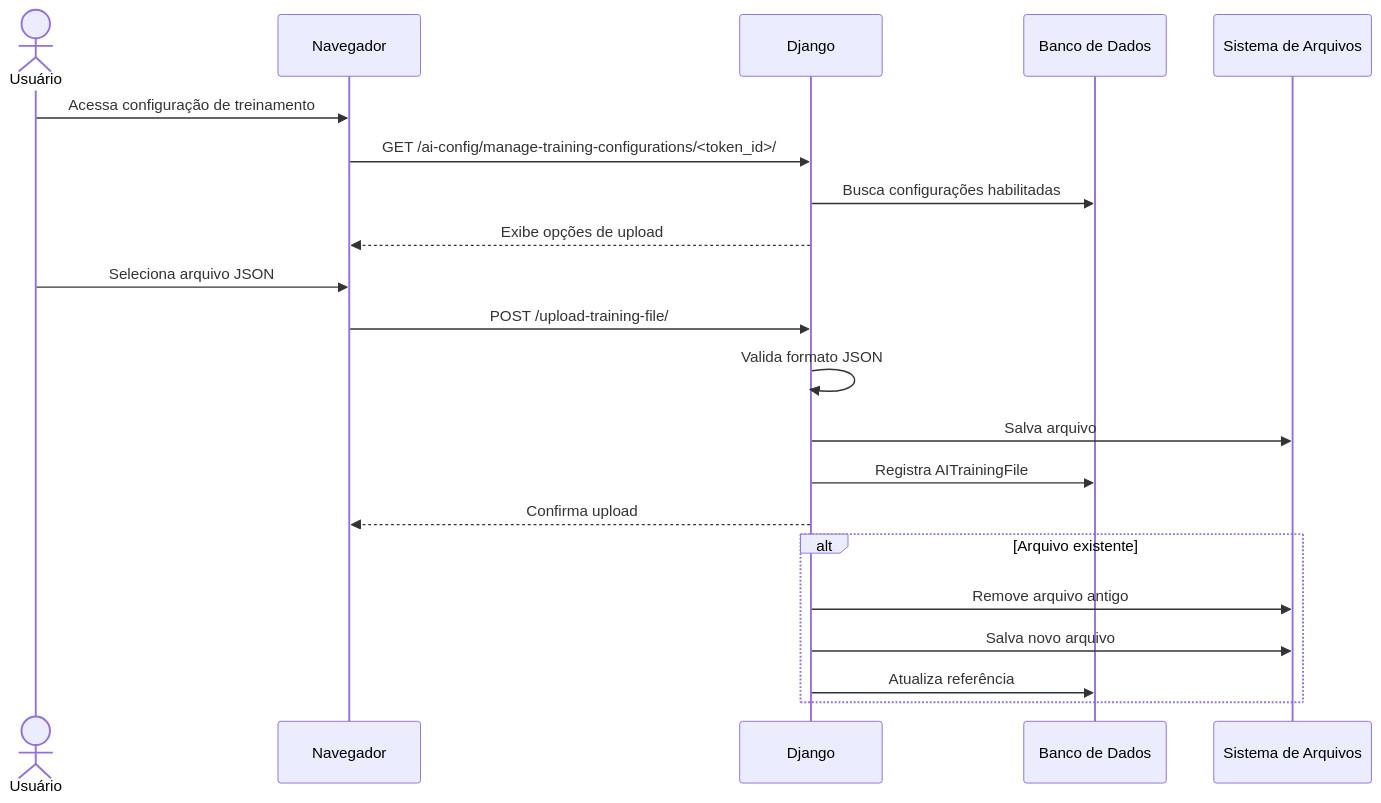
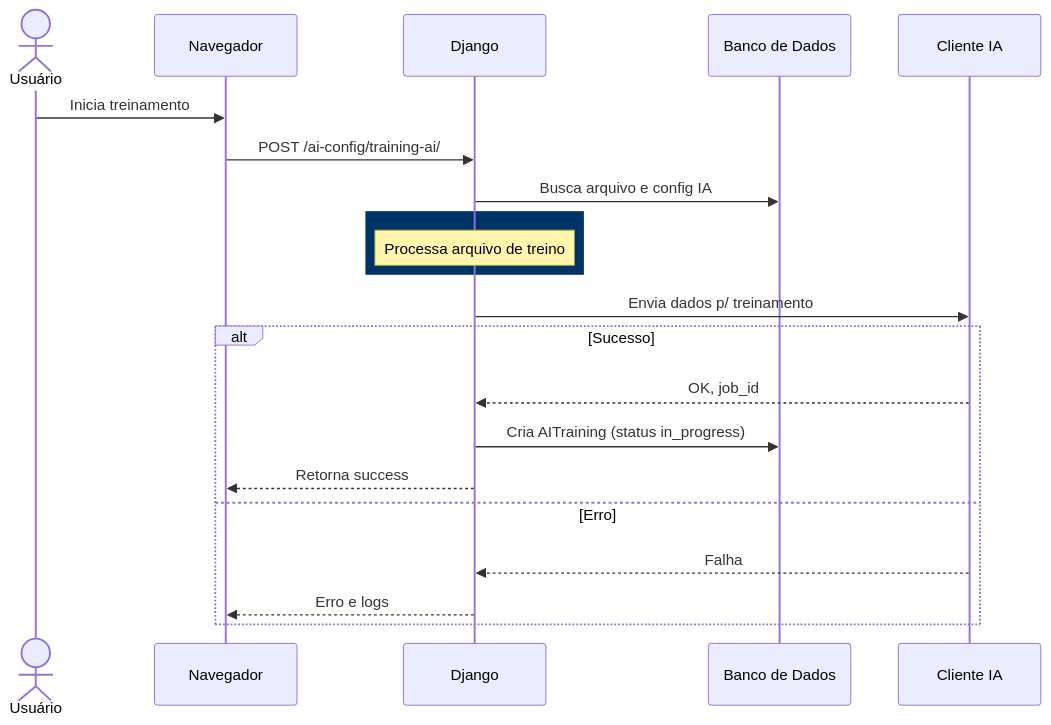
Before and after one commit to diegogrosmann/EnsinaNet.AI: diagram 11 of 33 in README.md, drawn with Mermaid. The commit also changed other lines of this file and 52 other files, not shown here.

Commit message:
Remove arquivos desnecessários e adiciona novos módulos; implementa sinais para a API e atualiza exceções personalizadas.

````diff
--- a/README.md
+++ b/README.md
@@ -823,26 +749,26 @@
 ```mermaid
 sequenceDiagram
     actor U as Usuário
     participant N as Navegador
     participant D as Django
     participant DB as Banco de Dados
-    participant FS as Sistema de Arquivos
+    participant AI as Cliente IA
 
-    U->>N: Acessa configuração de treinamento
-    N->>D: GET /ai-config/manage-training-configurations/<token_id>/
-    D->>DB: Busca configurações habilitadas
-    D-->>N: Exibe opções de upload
+    U->>N: Inicia treinamento
+    N->>D: POST /ai-config/training-ai/
+    D->>DB: Busca arquivo e config IA
+    
+    rect rgb(0, 51, 102)
+    Note over D: Processa arquivo de treino
+    end
 
-    U->>N: Seleciona arquivo JSON
-    N->>D: POST /upload-training-file/
-    D->>D: Valida formato JSON
-    D->>FS: Salva arquivo
-    D->>DB: Registra AITrainingFile
-    D-->>N: Confirma upload
-    
-    alt Arquivo existente
-        D->>FS: Remove arquivo antigo
-        D->>FS: Salva novo arquivo
-        D->>DB: Atualiza referência
+    D->>AI: Envia dados p/ treinamento
+    alt Sucesso
+        AI-->>D: OK, job_id
+        D->>DB: Cria AITraining (status in_progress)
+        D-->>N: Retorna success
+    else Erro
+        AI-->>D: Falha
+        D-->>N: Erro e logs
     end
 ```
````
